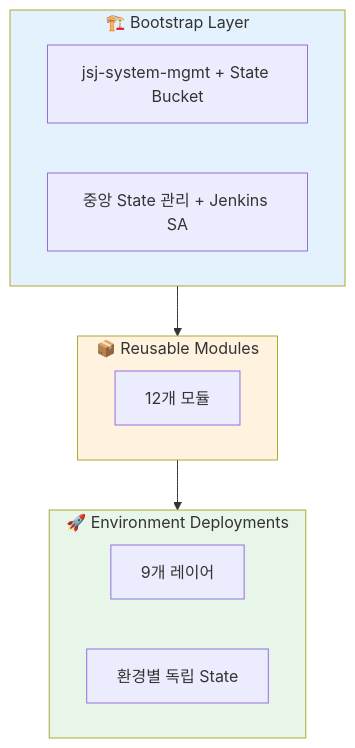
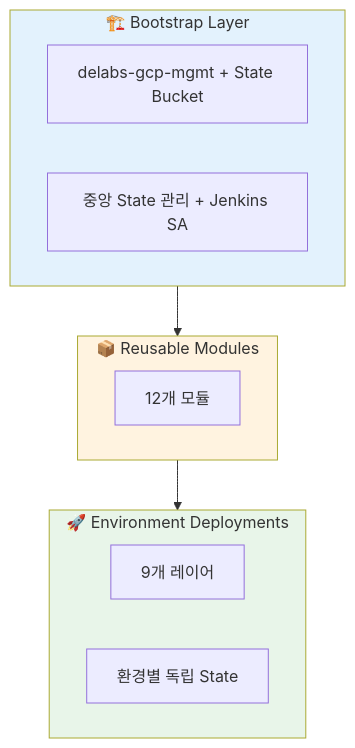
Before and after one commit to JSJ2337/GCP_terraform_code: the first of 4 diagrams in terraform_gcp_infra/docs/architecture/overview.md, drawn with Mermaid. The commit also changed other lines of this file and 24 other files, not shown here.

````diff
--- a/terraform_gcp_infra/docs/architecture/overview.md
+++ b/terraform_gcp_infra/docs/architecture/overview.md
@@ -7,24 +7,24 @@
 ```mermaid
 %%{init: {'theme': 'default'}}%%
 flowchart TB
     subgraph Bootstrap["🏗️ Bootstrap Layer"]
-        MGMT[jsj-system-mgmt + State Bucket]
+        MGMT[delabs-gcp-mgmt + State Bucket]
         DESC1[중앙 State 관리 + Jenkins SA]
     end
 
     subgraph Modules["📦 Reusable Modules"]
         MOD[12개 모듈]
     end
 
     subgraph Environments["🚀 Environment Deployments"]
         ENV[9개 레이어]
         STATE[환경별 독립 State]
     end
 
     Bootstrap --> Modules
     Modules --> Environments
 
     style Bootstrap fill:#e3f2fd
     style Modules fill:#fff3e0
     style Environments fill:#e8f5e9
 ```
````
